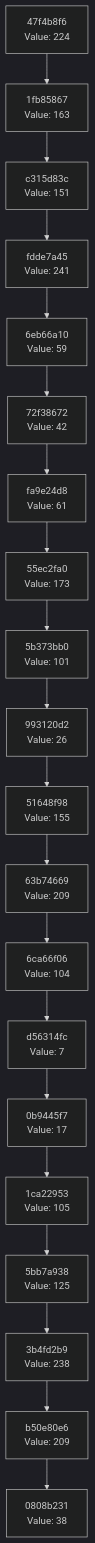
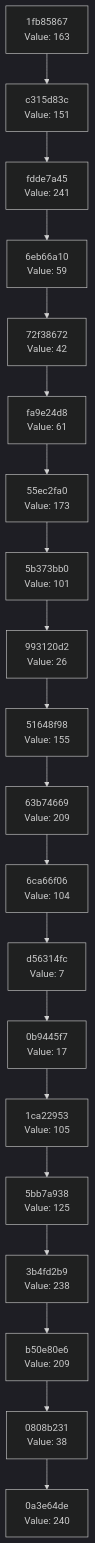
The diagram in docs/CHAIN_VISUALIZATION.md (Abhisheksinha1506/hash-chain-evolver), drawn with Mermaid (dark theme) before and after one commit. The commit also changed 3 other files, not shown here.

````diff
--- a/docs/CHAIN_VISUALIZATION.md
+++ b/docs/CHAIN_VISUALIZATION.md
@@ -3,42 +3,42 @@
 ```mermaid
 graph TD
-    C0["0808b231<br/>Value: 38"]
-    C1["b50e80e6<br/>Value: 209"]
+    C0["0a3e64de<br/>Value: 240"]
+    C1["0808b231<br/>Value: 38"]
     C1 --> C0
-    C2["3b4fd2b9<br/>Value: 238"]
+    C2["b50e80e6<br/>Value: 209"]
     C2 --> C1
-    C3["5bb7a938<br/>Value: 125"]
+    C3["3b4fd2b9<br/>Value: 238"]
     C3 --> C2
-    C4["1ca22953<br/>Value: 105"]
+    C4["5bb7a938<br/>Value: 125"]
     C4 --> C3
-    C5["0b9445f7<br/>Value: 17"]
+    C5["1ca22953<br/>Value: 105"]
     C5 --> C4
-    C6["d56314fc<br/>Value: 7"]
+    C6["0b9445f7<br/>Value: 17"]
     C6 --> C5
-    C7["6ca66f06<br/>Value: 104"]
+    C7["d56314fc<br/>Value: 7"]
     C7 --> C6
-    C8["63b74669<br/>Value: 209"]
+    C8["6ca66f06<br/>Value: 104"]
     C8 --> C7
-    C9["51648f98<br/>Value: 155"]
+    C9["63b74669<br/>Value: 209"]
     C9 --> C8
-    C10["993120d2<br/>Value: 26"]
+    C10["51648f98<br/>Value: 155"]
     C10 --> C9
-    C11["5b373bb0<br/>Value: 101"]
+    C11["993120d2<br/>Value: 26"]
     C11 --> C10
-    C12["55ec2fa0<br/>Value: 173"]
+    C12["5b373bb0<br/>Value: 101"]
     C12 --> C11
-    C13["fa9e24d8<br/>Value: 61"]
+    C13["55ec2fa0<br/>Value: 173"]
     C13 --> C12
-    C14["72f38672<br/>Value: 42"]
+    C14["fa9e24d8<br/>Value: 61"]
     C14 --> C13
-    C15["6eb66a10<br/>Value: 59"]
+    C15["72f38672<br/>Value: 42"]
     C15 --> C14
-    C16["fdde7a45<br/>Value: 241"]
+    C16["6eb66a10<br/>Value: 59"]
     C16 --> C15
-    C17["c315d83c<br/>Value: 151"]
+    C17["fdde7a45<br/>Value: 241"]
     C17 --> C16
-    C18["1fb85867<br/>Value: 163"]
+    C18["c315d83c<br/>Value: 151"]
     C18 --> C17
-    C19["47f4b8f6<br/>Value: 224"]
+    C19["1fb85867<br/>Value: 163"]
     C19 --> C18
 ```
````
